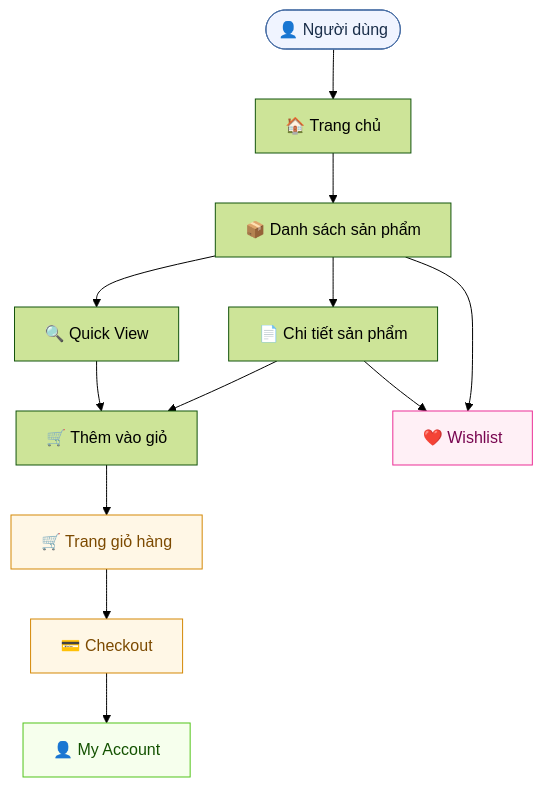
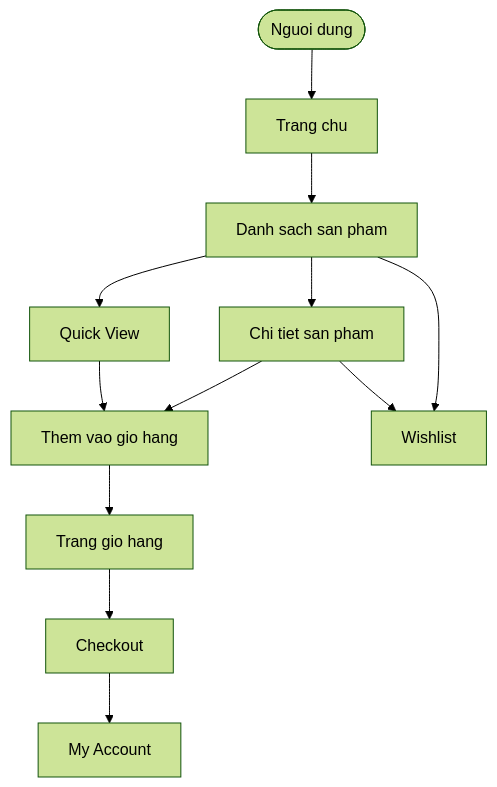
Before and after one commit to NguyenDinhDang/Docs-E-commerce: the first of 10 diagrams in 07-so-do-mermaid.md, drawn with Mermaid (forest theme). The commit also changed other lines of this file, not shown here.

Commit message:
Fix mermaid code

````diff
--- a/07-so-do-mermaid.md
+++ b/07-so-do-mermaid.md
@@ -7,25 +7,19 @@
 ```mermaid
 flowchart TD
-    User([👤 Người dùng])
+    User([Nguoi dung])
 
-    User --> Home[🏠 Trang chủ]
-    Home --> Shop[📦 Danh sách sản phẩm]
+    User --> Home[Trang chu]
+    Home --> Shop[Danh sach san pham]
 
-    Shop --> QV[🔍 Quick View]
-    Shop --> Detail[📄 Chi tiết sản phẩm]
-    Shop --> WL[❤️ Wishlist]
+    Shop --> QV[Quick View]
+    Shop --> Detail[Chi tiet san pham]
+    Shop --> WL[Wishlist]
 
-    QV --> Cart[🛒 Thêm vào giỏ]
+    QV --> Cart[Them vao gio hang]
     Detail --> Cart
     Detail --> WL
 
-    Cart --> CartPage[🛒 Trang giỏ hàng]
-    CartPage --> Checkout[💳 Checkout]
-    Checkout --> Account[👤 My Account]
-
-    style User fill:#f0f4ff,stroke:#4a6fa5,color:#1a2e4a
-    style CartPage fill:#fff7e6,stroke:#d48806,color:#7c4a00
-    style Checkout fill:#fff7e6,stroke:#d48806,color:#7c4a00
-    style Account fill:#f6ffed,stroke:#52c41a,color:#135200
-    style WL fill:#fff0f6,stroke:#eb2f96,color:#780650
+    Cart --> CartPage[Trang gio hang]
+    CartPage --> Checkout[Checkout]
+    Checkout --> Account[My Account]
 ```
````
